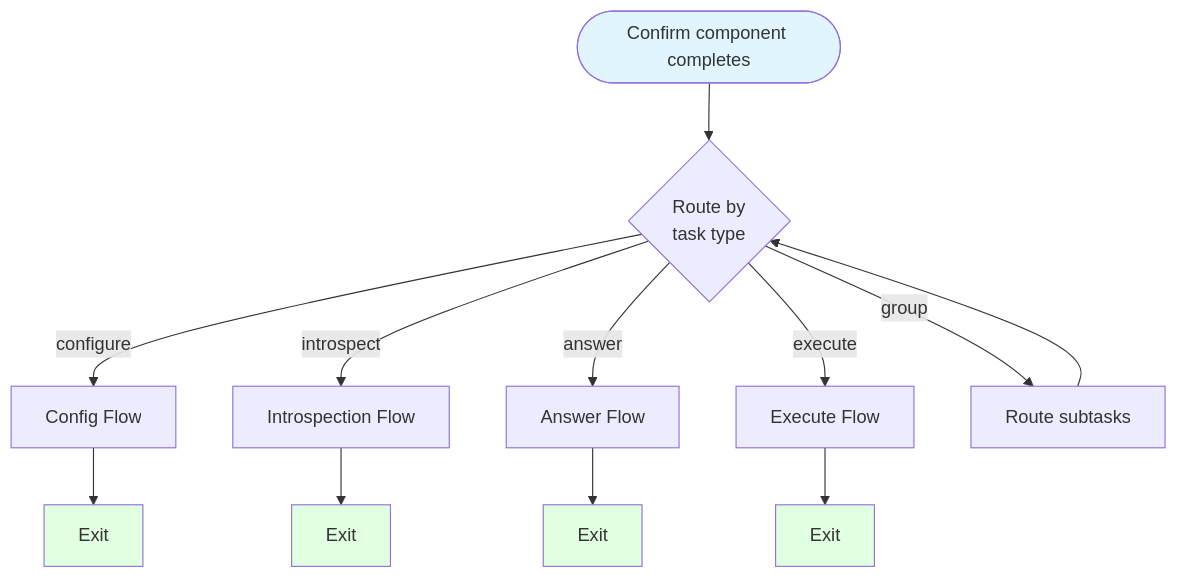
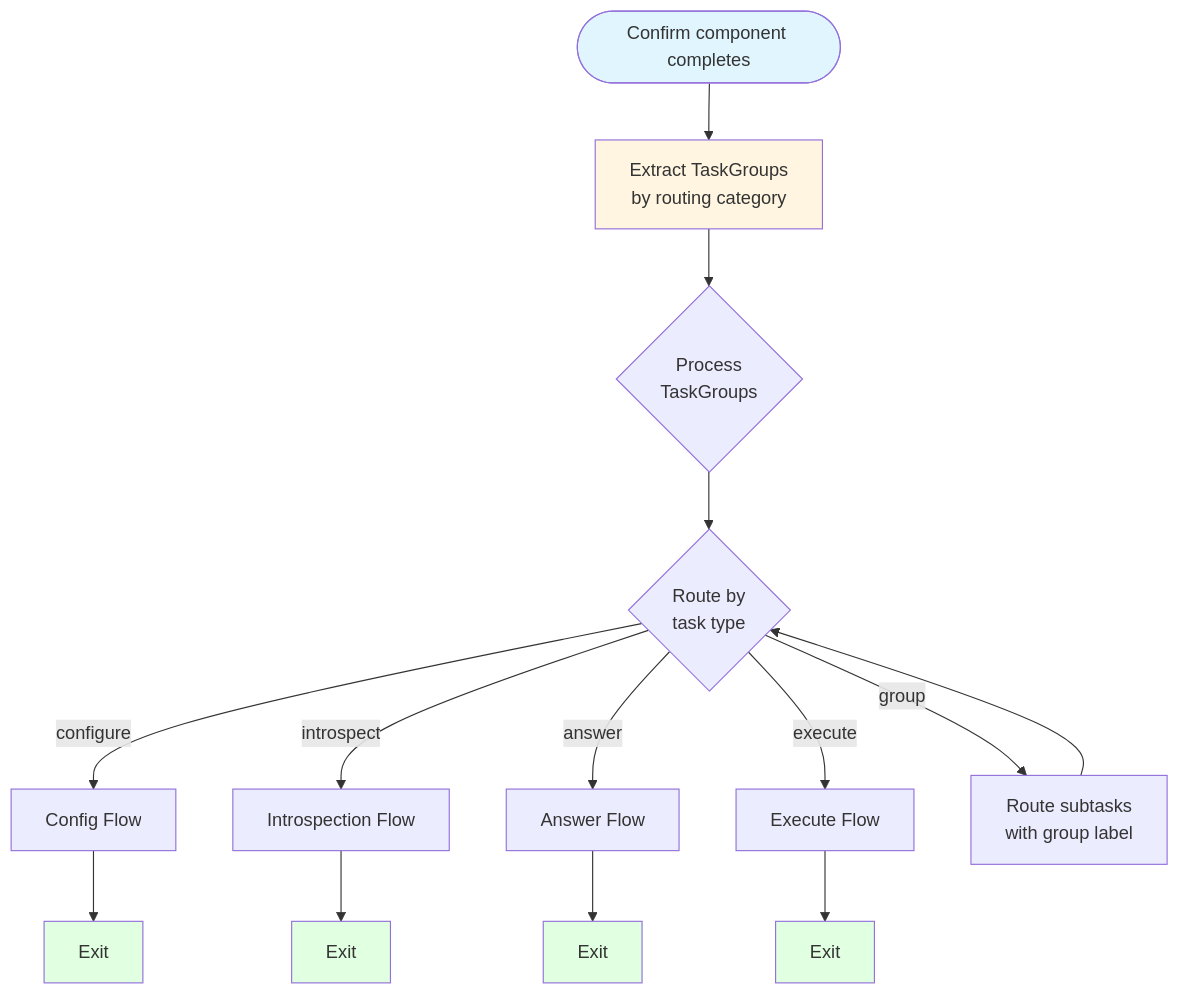
Before and after one commit to aswitalski/pls: the fifth of 18 diagrams in FLOWS.md, drawn with Mermaid. The commit also changed other lines of this file and 16 other files, not shown here.

````diff
--- a/FLOWS.md
+++ b/FLOWS.md
@@ -294,23 +312,28 @@
 ```mermaid
 flowchart TD
-    Start([Confirm component completes]) --> RouteTypes{Route by<br/>task type}
+    Start([Confirm component completes]) --> Extract[Extract TaskGroups<br/>by routing category]
+
+    Extract --> ProcessGroups{Process<br/>TaskGroups}
+
+    ProcessGroups --> RouteTypes{Route by<br/>task type}
 
     RouteTypes -->|configure| ConfigFlow[Config Flow]
     RouteTypes -->|introspect| IntrospectFlow[Introspection Flow]
     RouteTypes -->|answer| AnswerFlow[Answer Flow]
     RouteTypes -->|execute| ExecuteFlow[Execute Flow]
-    RouteTypes -->|group| GroupFlow[Route subtasks]
+    RouteTypes -->|group| GroupFlow[Route subtasks<br/>with group label]
 
     GroupFlow --> RouteTypes
 
     IntrospectFlow --> Exit1[Exit]
     AnswerFlow --> Exit2[Exit]
     ConfigFlow --> Exit3[Exit]
     ExecuteFlow --> Exit4[Exit]
 
     style Start fill:#e1f5ff
+    style Extract fill:#fff5e1
     style Exit1 fill:#e1ffe1
     style Exit2 fill:#e1ffe1
     style Exit3 fill:#e1ffe1
     style Exit4 fill:#e1ffe1
 ```
````
